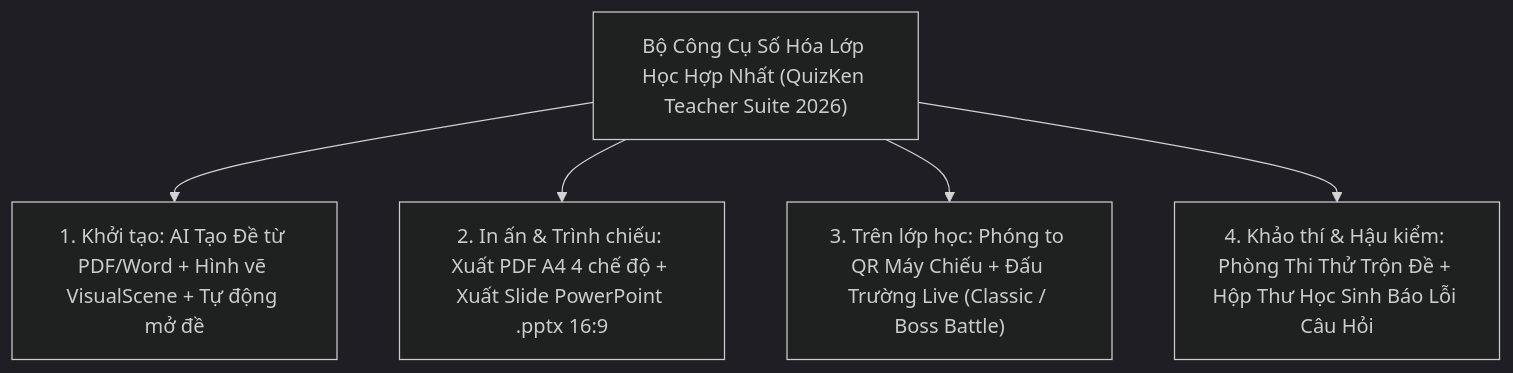
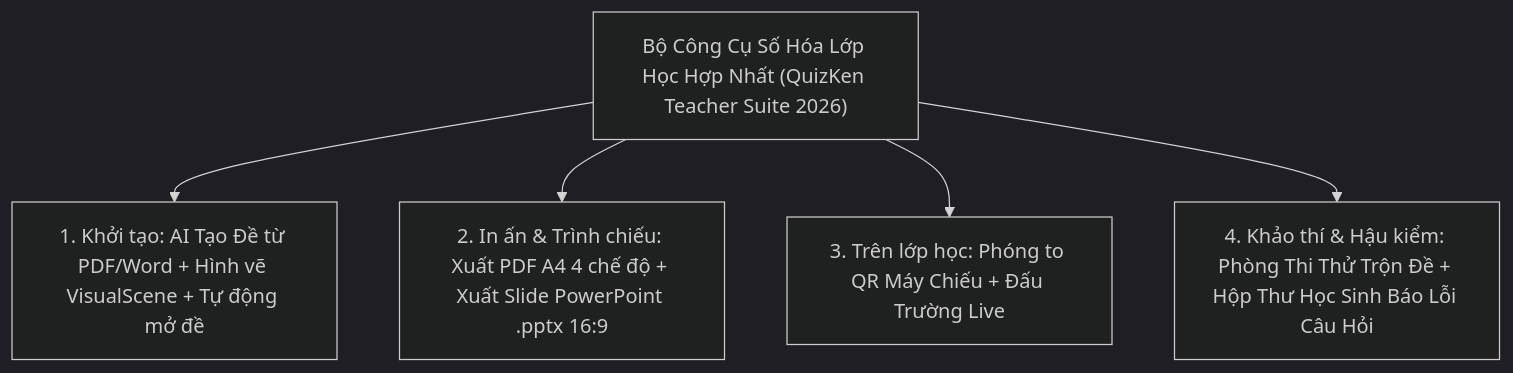
The diagram in src/content/blog/top-7-bo-cong-cu-so-hoa-lop-hoc-mien-phi-cho-giao-vien-viet-nam-2026.md (khanhnkq/quizken-landing), drawn with Mermaid (dark theme) before and after one commit. The commit also changed other lines of this file and 5 other files, not shown here.

Commit message:
content(blog): remove Boss Battle post and references

````diff
--- a/src/content/blog/top-7-bo-cong-cu-so-hoa-lop-hoc-mien-phi-cho-giao-vien-viet-nam-2026.md
+++ b/src/content/blog/top-7-bo-cong-cu-so-hoa-lop-hoc-mien-phi-cho-giao-vien-viet-nam-2026.md
@@ -36,7 +36,7 @@
 ```mermaid
 flowchart TD
     A["Bộ Công Cụ Số Hóa Lớp Học Hợp Nhất (QuizKen Teacher Suite 2026)"] --> B1["1. Khởi tạo: AI Tạo Đề từ PDF/Word + Hình vẽ VisualScene + Tự động mở đề"]
     A --> B2["2. In ấn & Trình chiếu: Xuất PDF A4 4 chế độ + Xuất Slide PowerPoint .pptx 16:9"]
-    A --> B3["3. Trên lớp học: Phóng to QR Máy Chiếu + Đấu Trường Live (Classic / Boss Battle)"]
+    A --> B3["3. Trên lớp học: Phóng to QR Máy Chiếu + Đấu Trường Live"]
     A --> B4["4. Khảo thí & Hậu kiểm: Phòng Thi Thử Trộn Đề + Hộp Thư Học Sinh Báo Lỗi Câu Hỏi"]
 ```
````
